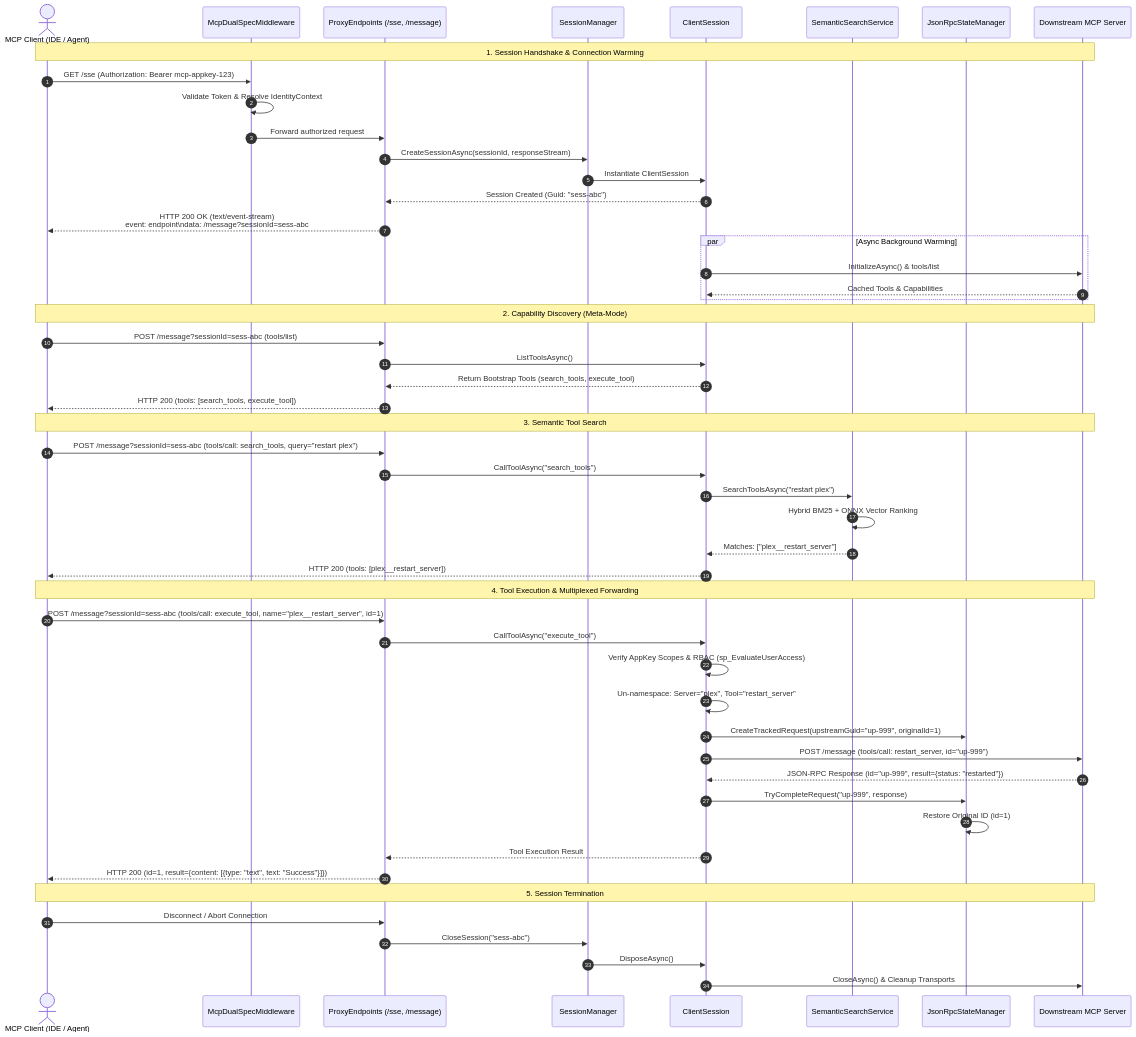
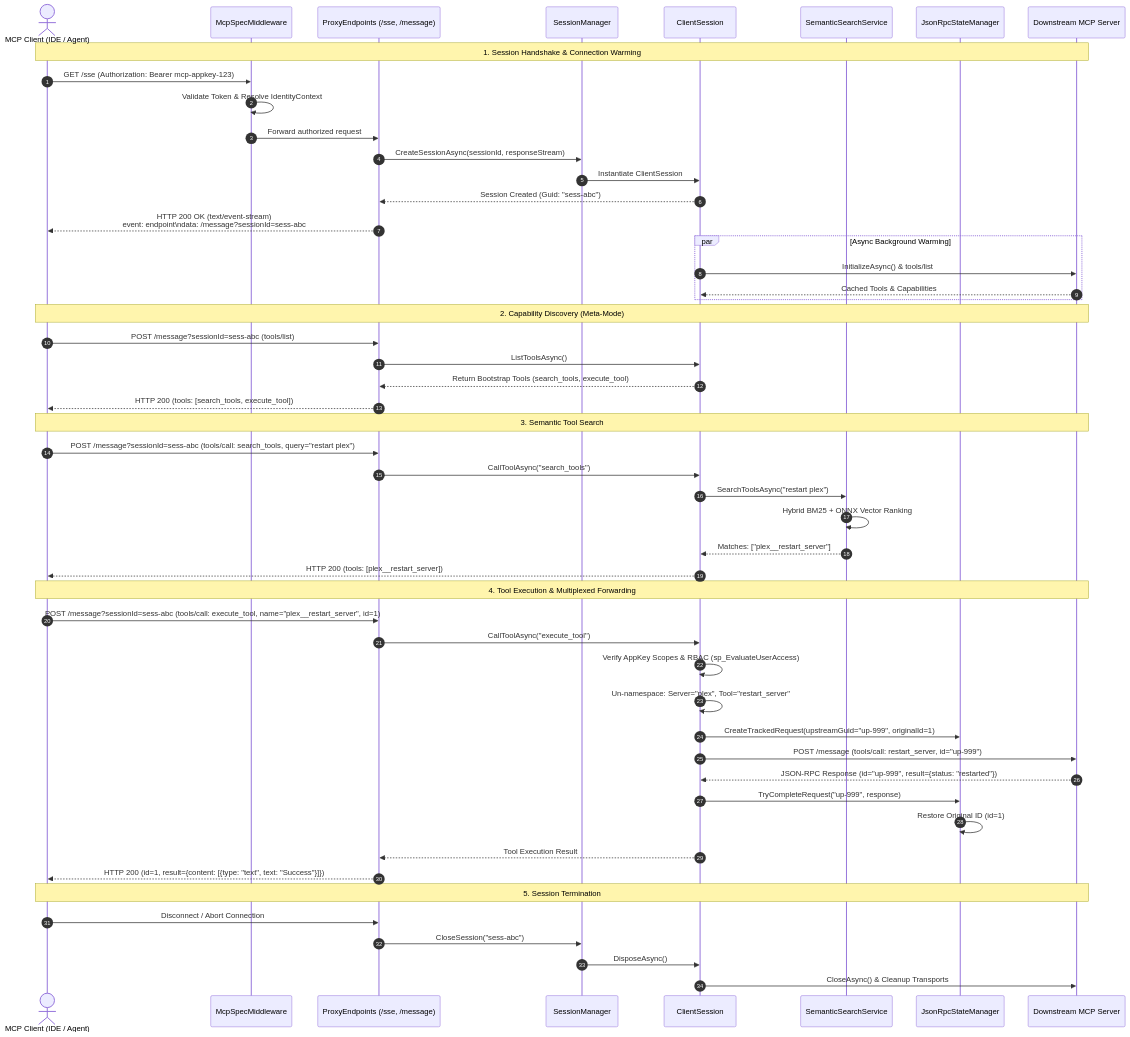
One commit to spelech/CSharp-MCP-Router changed the fourth of 10 diagrams in docs/architecture.md. Above: the diagram before and after it, drawn with Mermaid. The commit also changed other lines of this file and 8 other files, not shown here.

Commit message:
docs(mcp): update architecture guides, changelog, requirements catalog, and bump version to v5.5.0

````diff
--- a/docs/architecture.md
+++ b/docs/architecture.md
@@ -635,59 +635,59 @@
 ```mermaid
 sequenceDiagram
     autonumber
     actor Client as MCP Client (IDE / Agent)
-    participant Edge as McpDualSpecMiddleware
+    participant Edge as McpSpecMiddleware
     participant Proxy as ProxyEndpoints (/sse, /message)
     participant SessionMgr as SessionManager
     participant Session as ClientSession
     participant Search as SemanticSearchService
     participant StateMgr as JsonRpcStateManager
     participant Upstream as Downstream MCP Server
 
     Note over Client,Upstream: 1. Session Handshake & Connection Warming
     Client->>Edge: GET /sse (Authorization: Bearer mcp-appkey-123)
     Edge->>Edge: Validate Token & Resolve IdentityContext
     Edge->>Proxy: Forward authorized request
     Proxy->>SessionMgr: CreateSessionAsync(sessionId, responseStream)
     SessionMgr->>Session: Instantiate ClientSession
     Session-->>Proxy: Session Created (Guid: "sess-abc")
     Proxy-->>Client: HTTP 200 OK (text/event-stream)<br>event: endpoint\ndata: /message?sessionId=sess-abc
     
     par Async Background Warming
         Session->>Upstream: InitializeAsync() & tools/list
         Upstream-->>Session: Cached Tools & Capabilities
     end
 
     Note over Client,Upstream: 2. Capability Discovery (Meta-Mode)
     Client->>Proxy: POST /message?sessionId=sess-abc (tools/list)
     Proxy->>Session: ListToolsAsync()
     Session-->>Proxy: Return Bootstrap Tools (search_tools, execute_tool)
     Proxy-->>Client: HTTP 200 (tools: [search_tools, execute_tool])
 
     Note over Client,Upstream: 3. Semantic Tool Search
     Client->>Proxy: POST /message?sessionId=sess-abc (tools/call: search_tools, query="restart plex")
     Proxy->>Session: CallToolAsync("search_tools")
     Session->>Search: SearchToolsAsync("restart plex")
     Search->>Search: Hybrid BM25 + ONNX Vector Ranking
     Search-->>Session: Matches: ["plex__restart_server"]
     Session-->>Client: HTTP 200 (tools: [plex__restart_server])
 
     Note over Client,Upstream: 4. Tool Execution & Multiplexed Forwarding
     Client->>Proxy: POST /message?sessionId=sess-abc (tools/call: execute_tool, name="plex__restart_server", id=1)
     Proxy->>Session: CallToolAsync("execute_tool")
     Session->>Session: Verify AppKey Scopes & RBAC (sp_EvaluateUserAccess)
     Session->>Session: Un-namespace: Server="plex", Tool="restart_server"
     Session->>StateMgr: CreateTrackedRequest(upstreamGuid="up-999", originalId=1)
     Session->>Upstream: POST /message (tools/call: restart_server, id="up-999")
     Upstream-->>Session: JSON-RPC Response (id="up-999", result={status: "restarted"})
     Session->>StateMgr: TryCompleteRequest("up-999", response)
     StateMgr->>StateMgr: Restore Original ID (id=1)
     Session-->>Proxy: Tool Execution Result
     Proxy-->>Client: HTTP 200 (id=1, result={content: [{type: "text", text: "Success"}]})
 
     Note over Client,Upstream: 5. Session Termination
     Client->>Proxy: Disconnect / Abort Connection
     Proxy->>SessionMgr: CloseSession("sess-abc")
     SessionMgr->>Session: DisposeAsync()
     Session->>Upstream: CloseAsync() & Cleanup Transports
 ```
````
